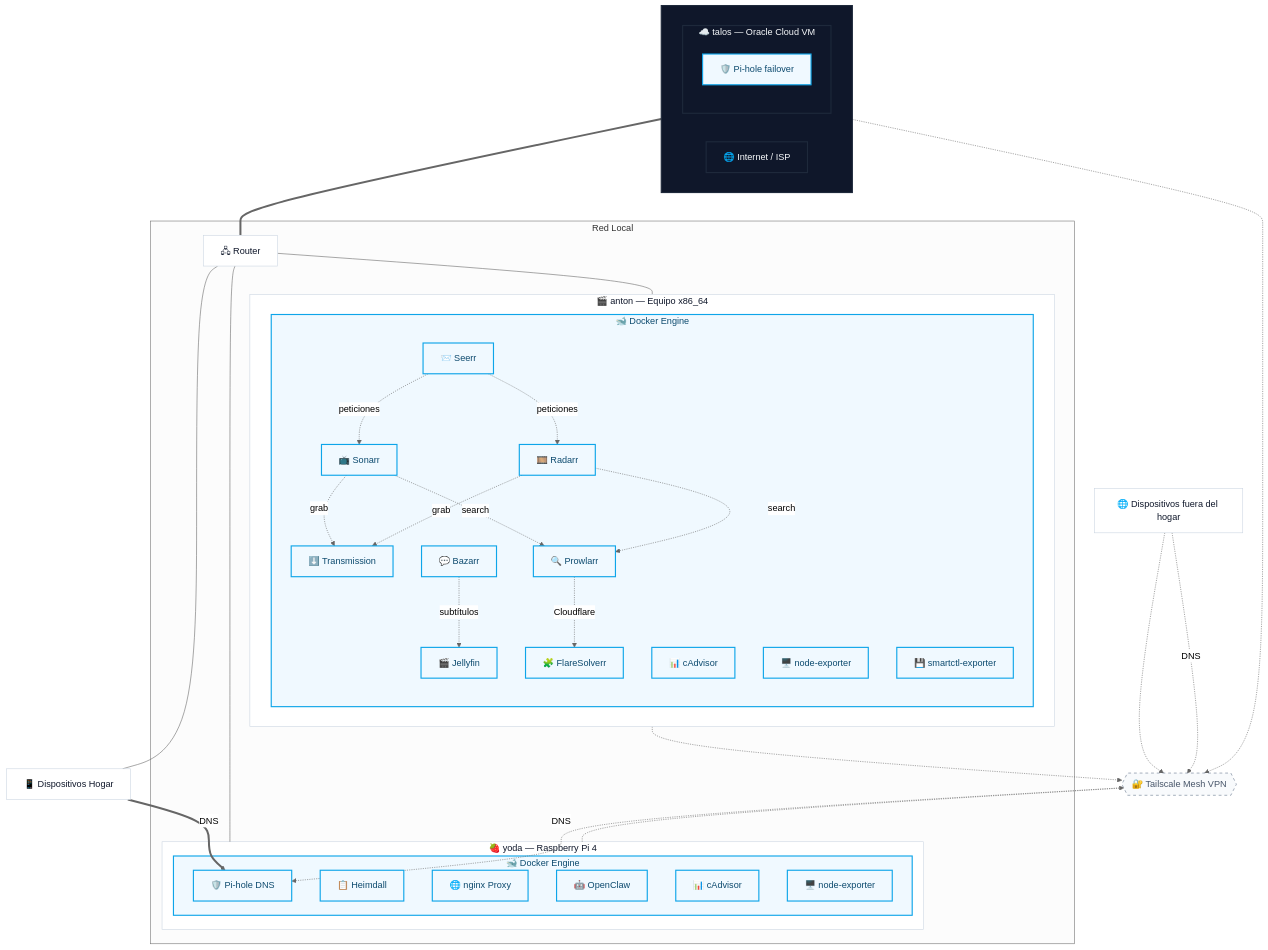
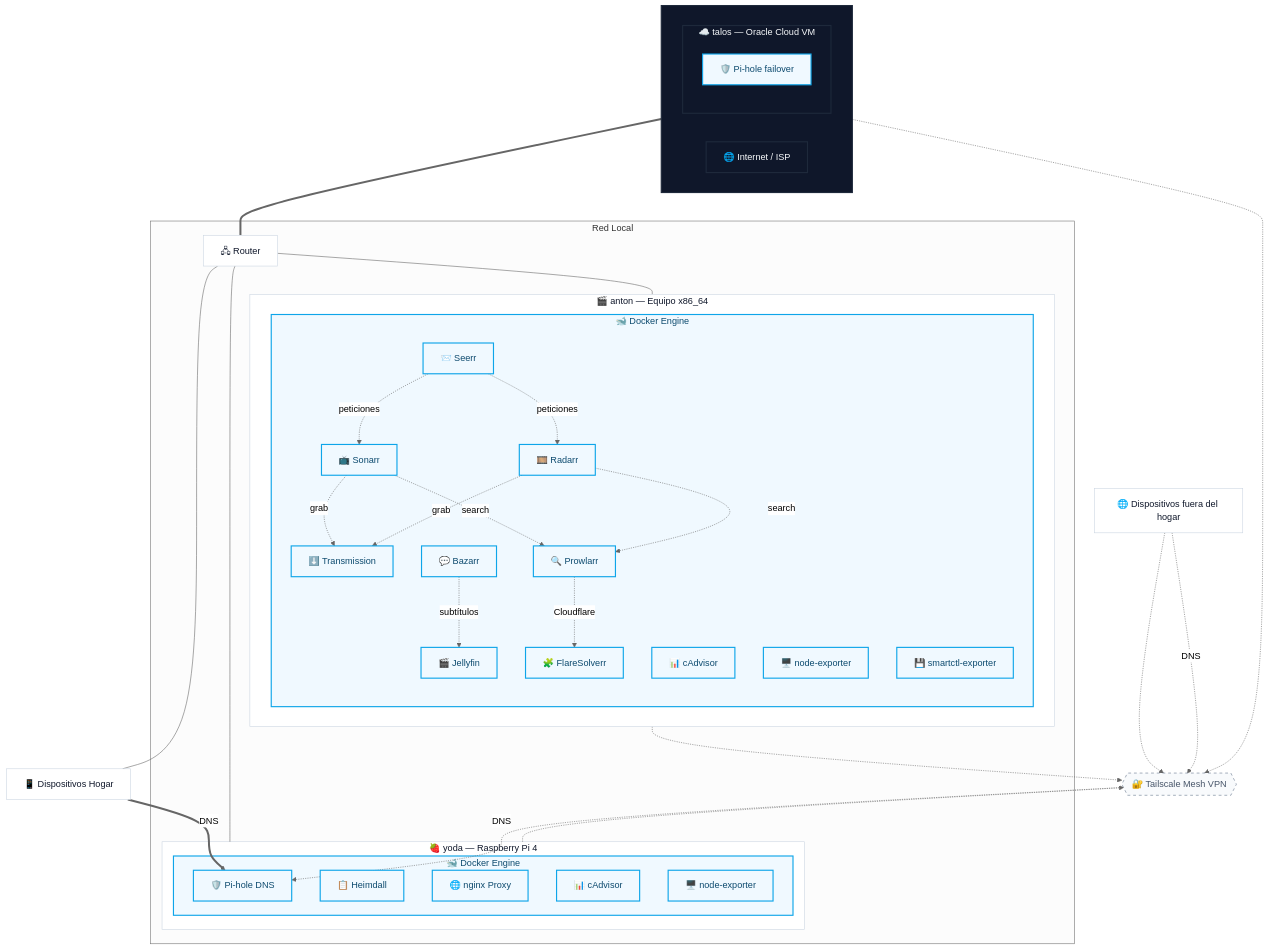
Before and after one commit to dcerbero/homelab: the diagram in docs/ARCHITECTURE.md, drawn with Mermaid (neutral theme). The commit also changed other lines of this file and 23 other files, not shown here.

````diff
--- a/docs/ARCHITECTURE.md
+++ b/docs/ARCHITECTURE.md
@@ -13,78 +13,77 @@
 ```mermaid
 graph TD
     classDef wan fill:#0f172a,stroke:#1e293b,stroke-width:2px,color:#f8fafc;
     classDef node fill:#ffffff,stroke:#cbd5e1,stroke-width:1px,color:#0f172a;
     classDef vpn fill:#f8fafc,stroke:#64748b,stroke-width:1px,stroke-dasharray: 5 5,color:#475569;
     classDef highlight fill:#f0f9ff,stroke:#0ea5e9,stroke-width:2px,color:#0c4a6e;
 
     subgraph WAN [ ]
         direction LR
         ISP[🌐 Internet / ISP]
 
         subgraph OCI_VM [☁️ talos — Oracle Cloud VM]
             OciPiHole[🛡️ Pi-hole failover]
         end
     end
 
     Tailscale{{"🔐 Tailscale Mesh VPN"}}
 
     subgraph LAN [Red Local]
         Router[🖧 Router]
         subgraph Pi [🍓 yoda — Raspberry Pi 4]
             subgraph DockerYoda [🐋 Docker Engine]
                 PiHole[🛡️ Pi-hole DNS]
                 Heimdall[📋 Heimdall]
                 Nginx[🌐 nginx Proxy]
-                OpenClaw[🤖 OpenClaw]
                 YodaCAdvisor[📊 cAdvisor]
                 YodaNodeExp[🖥️ node-exporter]
             end
         end
         subgraph Media [🎬 anton — Equipo x86_64]
             subgraph DockerAnton [🐋 Docker Engine]
                 Jellyfin[🎬 Jellyfin]
                 Transmission[⬇️ Transmission]
                 Prowlarr[🔍 Prowlarr]
                 FlareSolverr[🧩 FlareSolverr]
                 Sonarr[📺 Sonarr]
                 Radarr[🎞️ Radarr]
                 Bazarr[💬 Bazarr]
                 Seerr[📨 Seerr]
                 AntCAdvisor[📊 cAdvisor]
                 AntNodeExp[🖥️ node-exporter]
                 Smartctl[💾 smartctl-exporter]
             end
         end
     end
 
     LocalDevices[📱 Dispositivos Hogar]
     RemoteNode[🌐 Dispositivos fuera del hogar]
 
     ISP === Router
     Router --- Pi
     Router --- Media
     Router --- LocalDevices
 
     Pi -.-> Tailscale
     Media -.-> Tailscale
     OCI_VM -.-> Tailscale
     RemoteNode -.-> Tailscale
 
     LocalDevices ==>|DNS| PiHole
     RemoteNode -.->|DNS| Tailscale
     Tailscale -.->|DNS| PiHole
 
     Seerr -.->|peticiones| Sonarr
     Seerr -.->|peticiones| Radarr
     Sonarr -.->|grab| Transmission
     Radarr -.->|grab| Transmission
     Sonarr -.->|search| Prowlarr
     Radarr -.->|search| Prowlarr
     Prowlarr -.->|Cloudflare| FlareSolverr
     Bazarr -.->|subtítulos| Jellyfin
 
     class WAN,ISP,OCI_VM wan;
     class Router,Pi,Media,LocalDevices,RemoteNode node;
     class Tailscale vpn;
-    class DockerYoda,DockerAnton,PiHole,Heimdall,Nginx,OpenClaw,OciPiHole,Jellyfin,Transmission,Prowlarr,Sonarr,Radarr,Bazarr,Seerr,FlareSolverr,YodaCAdvisor,YodaNodeExp,AntCAdvisor,AntNodeExp,Smartctl highlight;
+    class DockerYoda,DockerAnton,PiHole,Heimdall,Nginx,OciPiHole,Jellyfin,Transmission,Prowlarr,Sonarr,Radarr,Bazarr,Seerr,FlareSolverr,YodaCAdvisor,YodaNodeExp,AntCAdvisor,AntNodeExp,Smartctl highlight;
 ```
````
